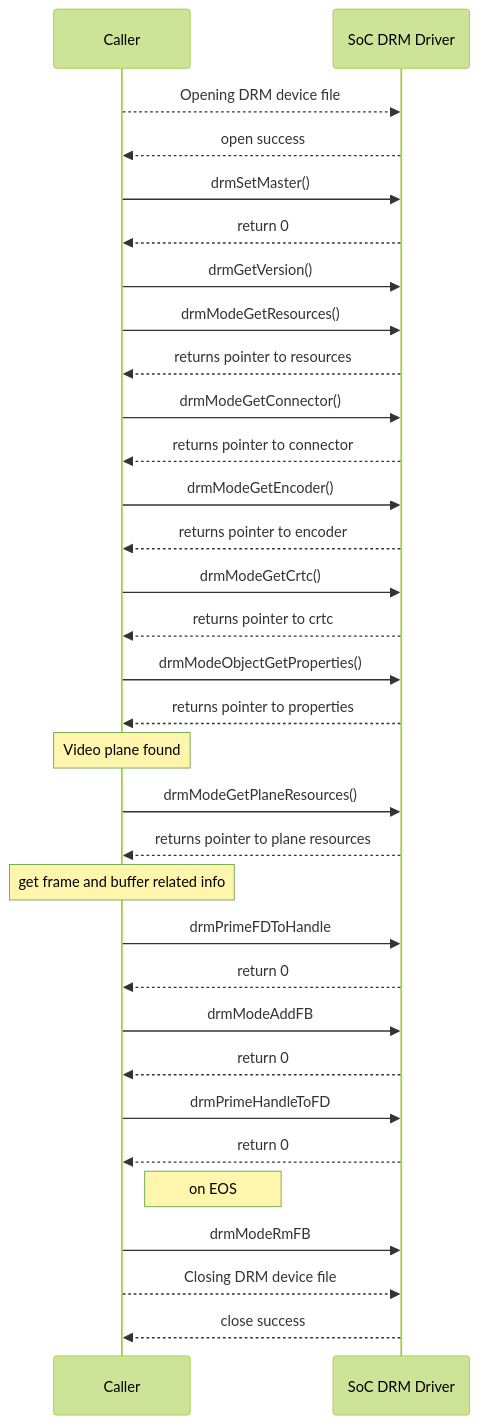
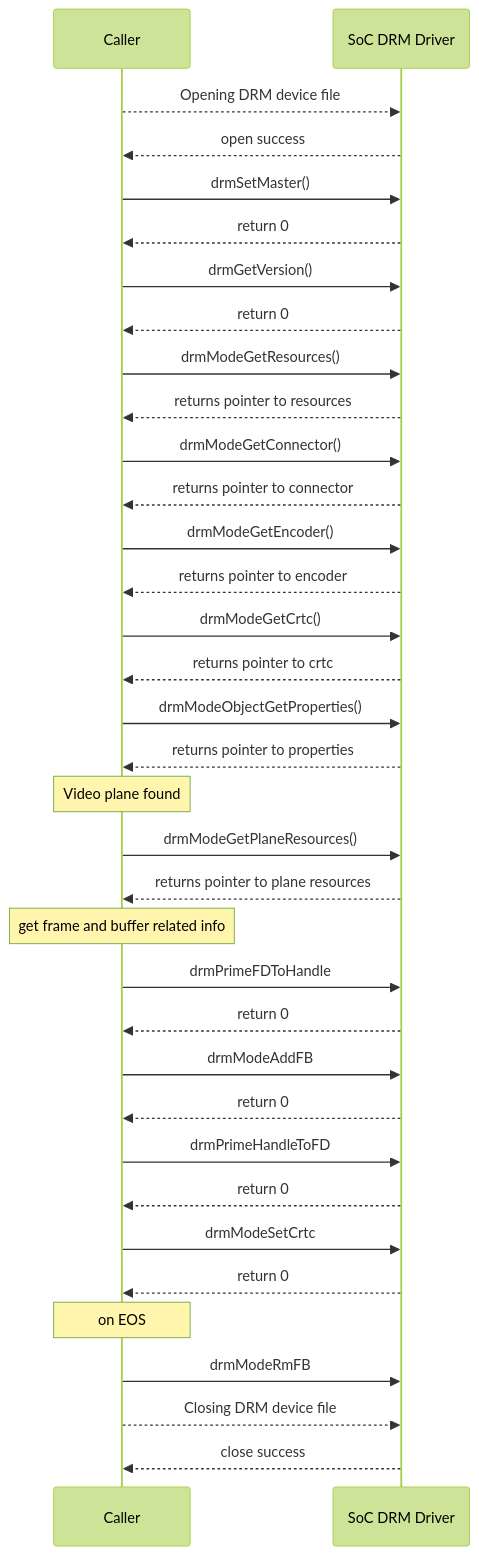
The second of 2 diagrams in docs/pages/libdrm.md (rdkcentral/rdk-halif-libdrm), drawn with Mermaid (forest theme) before and after one commit. The commit also changed other lines of this file and 5 other files, not shown here.

````diff
--- a/docs/pages/libdrm.md
+++ b/docs/pages/libdrm.md
@@ -180,37 +189,43 @@
 ```mermaid
 
 sequenceDiagram
 participant Caller
 participant SoC DRM Driver
 
 Caller-->>SoC DRM Driver: Opening DRM device file
 SoC DRM Driver-->>Caller: open success
 Caller->>SoC DRM Driver:drmSetMaster()
 SoC DRM Driver-->>Caller:return 0
 Caller->>SoC DRM Driver:drmGetVersion()
+SoC DRM Driver-->>Caller:return 0
 Caller->>SoC DRM Driver:drmModeGetResources()
 SoC DRM Driver-->>Caller: returns pointer to resources
 Caller->>SoC DRM Driver:drmModeGetConnector()
 SoC DRM Driver-->>Caller: returns pointer to connector
 Caller->>SoC DRM Driver:drmModeGetEncoder()
 SoC DRM Driver-->>Caller:returns pointer to encoder
 Caller->>SoC DRM Driver:drmModeGetCrtc()
 SoC DRM Driver-->>Caller:returns pointer to crtc
 Caller->>SoC DRM Driver:drmModeObjectGetProperties()
 SoC DRM Driver-->>Caller:returns pointer to properties
+
 Note over Caller:Video plane found
 Caller->>SoC DRM Driver:drmModeGetPlaneResources()
 SoC DRM Driver-->>Caller:returns pointer to plane resources
+
 Note over Caller: get frame and buffer related info
 Caller->>SoC DRM Driver:drmPrimeFDToHandle
 SoC DRM Driver-->>Caller:return 0
 Caller->>SoC DRM Driver:drmModeAddFB
 SoC DRM Driver-->>Caller:return 0
 Caller->>SoC DRM Driver:drmPrimeHandleToFD
 SoC DRM Driver-->>Caller:return 0
-note right of Caller: on EOS
+Caller->>SoC DRM Driver:drmModeSetCrtc
+SoC DRM Driver-->>Caller:return 0
+
+Note over Caller: on EOS
 Caller->>SoC DRM Driver:drmModeRmFB
 Caller-->>SoC DRM Driver: Closing DRM device file
 SoC DRM Driver-->>Caller: close success
 
 ```
````
